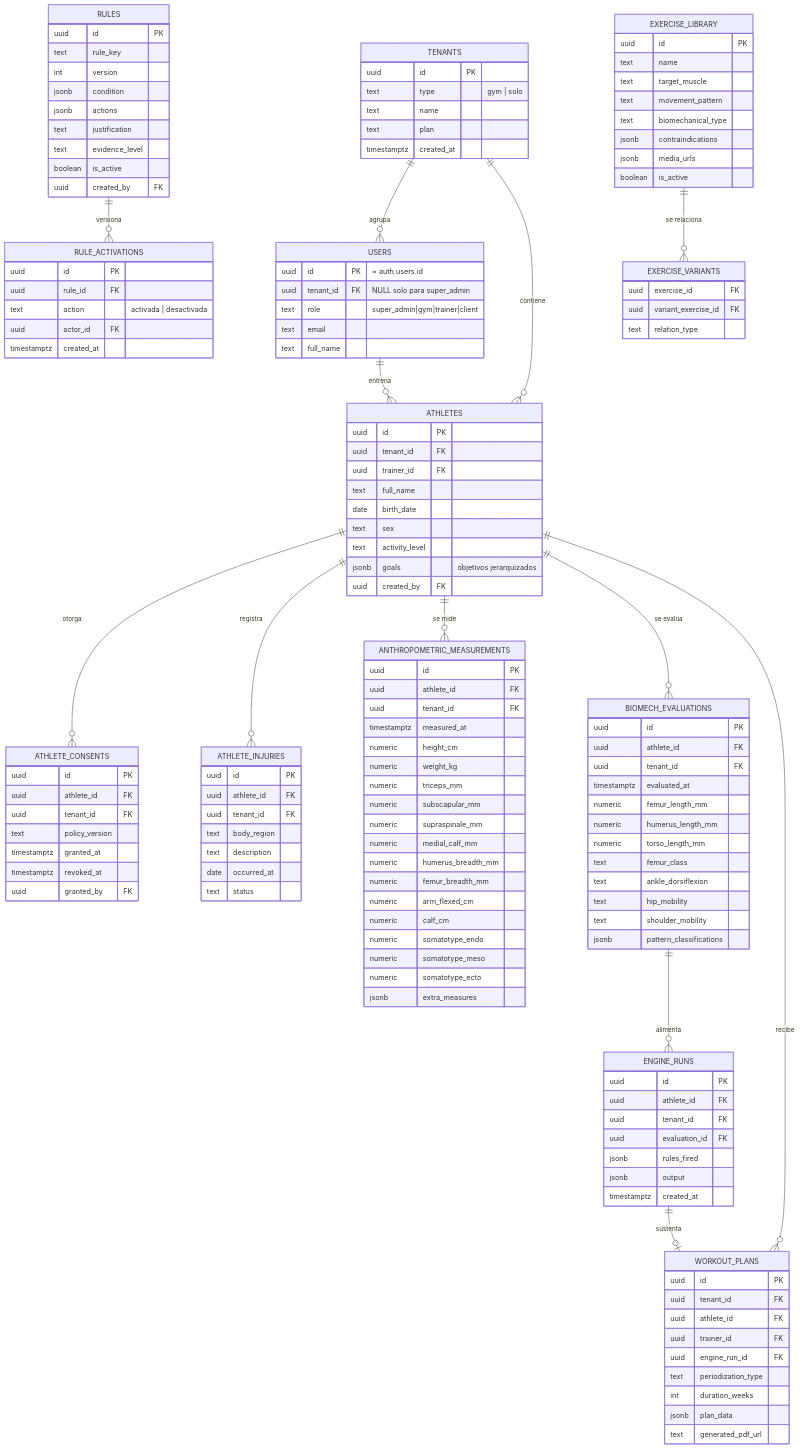
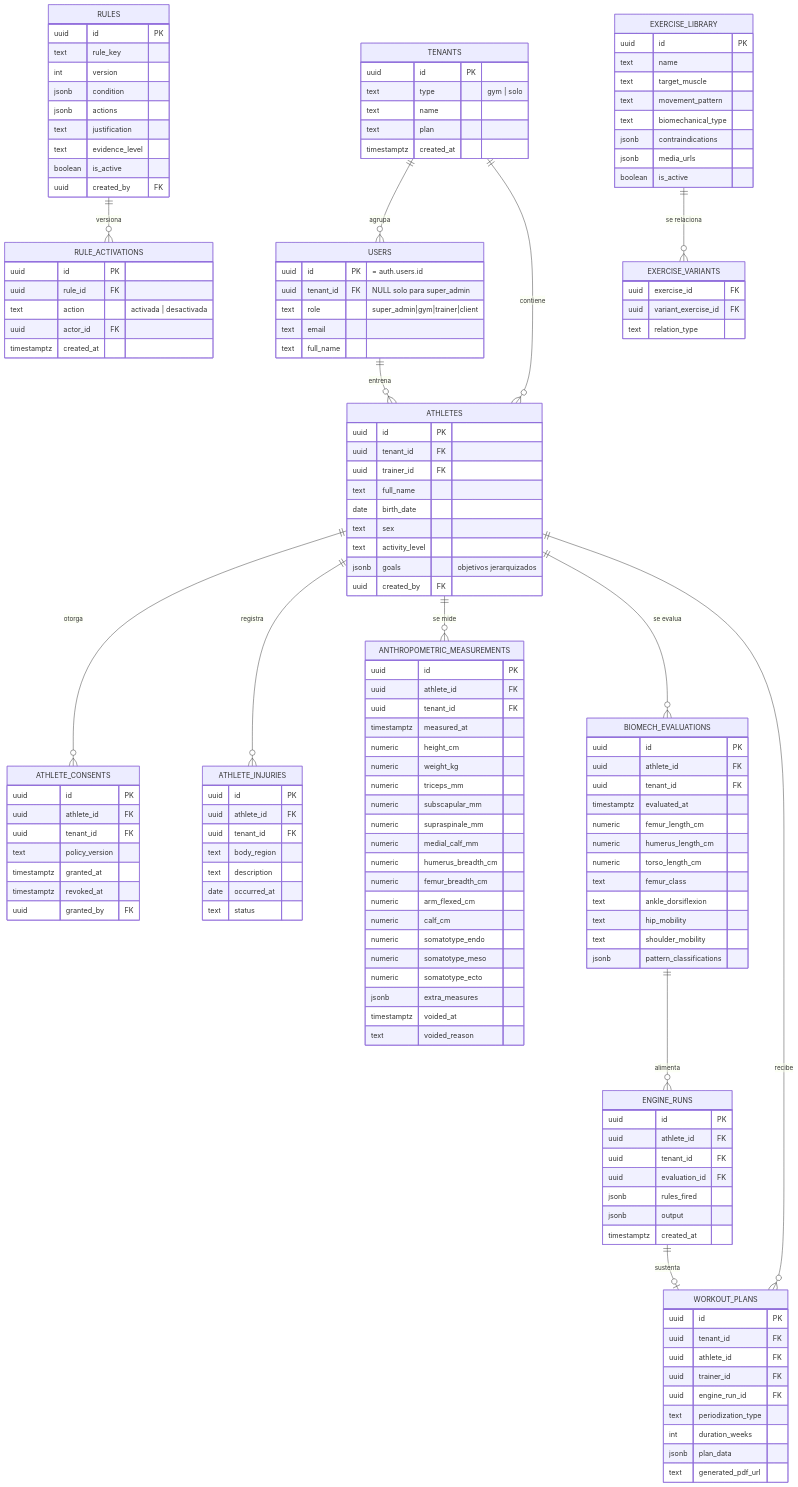
Before and after one commit to jorget08/Gioslab: the diagram in docs/MODELO-DATOS.md, drawn with Mermaid. The commit also changed other lines of this file and 3 other files, not shown here.

```diff
--- a/docs/MODELO-DATOS.md
+++ b/docs/MODELO-DATOS.md
@@ -122,23 +122,25 @@
         numeric subscapular_mm
         numeric supraspinale_mm
         numeric medial_calf_mm
-        numeric humerus_breadth_mm
-        numeric femur_breadth_mm
+        numeric humerus_breadth_cm
+        numeric femur_breadth_cm
         numeric arm_flexed_cm
         numeric calf_cm
         numeric somatotype_endo
         numeric somatotype_meso
         numeric somatotype_ecto
         jsonb extra_measures
+        timestamptz voided_at
+        text voided_reason
     }
     BIOMECH_EVALUATIONS {
         uuid id PK
         uuid athlete_id FK
         uuid tenant_id FK
         timestamptz evaluated_at
-        numeric femur_length_mm
-        numeric humerus_length_mm
-        numeric torso_length_mm
+        numeric femur_length_cm
+        numeric humerus_length_cm
+        numeric torso_length_cm
         text femur_class
         text ankle_dorsiflexion
         text hip_mobility
```
